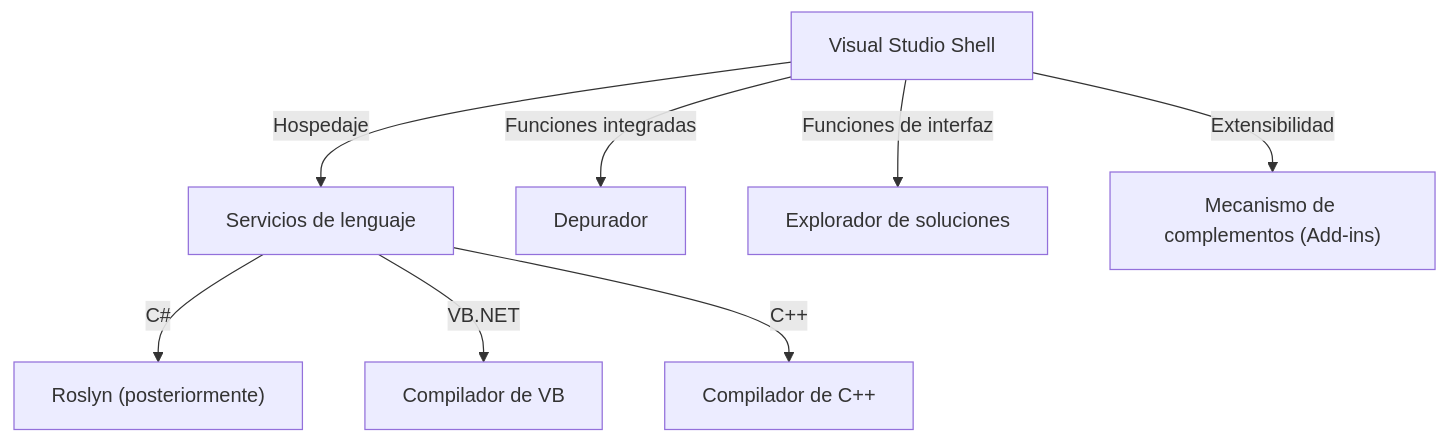
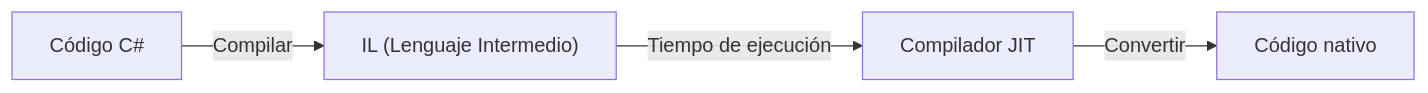
The second of 2 diagrams in content/post/history-of-visual-studio/index.es.md (kenjinote/blog), drawn with Mermaid before and after one commit. The commit also changed other lines of this file and 129 other files, not shown here.

````diff
--- a/content/post/history-of-visual-studio/index.es.md
+++ b/content/post/history-of-visual-studio/index.es.md
@@ -85,11 +51,6 @@
 ```mermaid
-graph TD
-    A["Visual Studio Shell"] -- "Hospedaje" --> B["Servicios de lenguaje"]
-    B -- "C#" --> C["Roslyn (posteriormente)"]
-    B -- "VB.NET" --> D["Compilador de VB"]
-    B -- "C++" --> E["Compilador de C++"]
-    
-    A -- "Funciones integradas" --> F["Depurador"]
-    A -- "Funciones de interfaz" --> G["Explorador de soluciones"]
-    A -- "Extensibilidad" --> H["Mecanismo de complementos (Add-ins)"]
+graph LR
+    A["Código C#"] -- "Compilar" --> B["IL (Lenguaje Intermedio)"]
+    B -- "Tiempo de ejecución" --> C["Compilador JIT"]
+    C -- "Convertir" --> D["Código nativo"]
 ```
````
